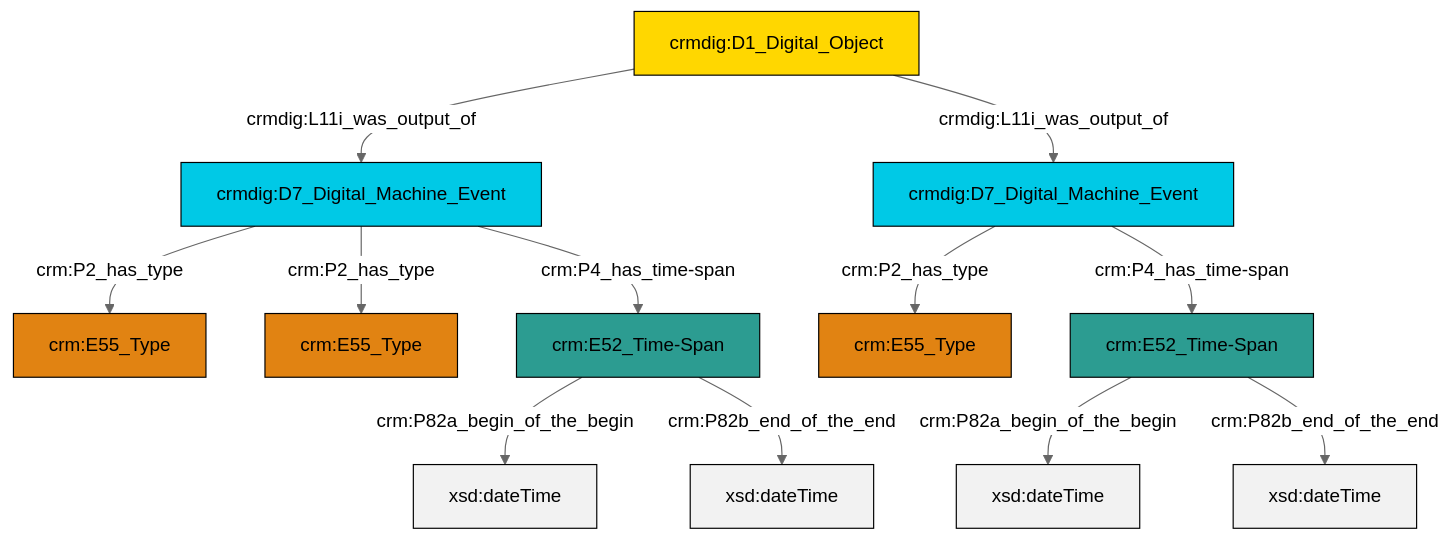
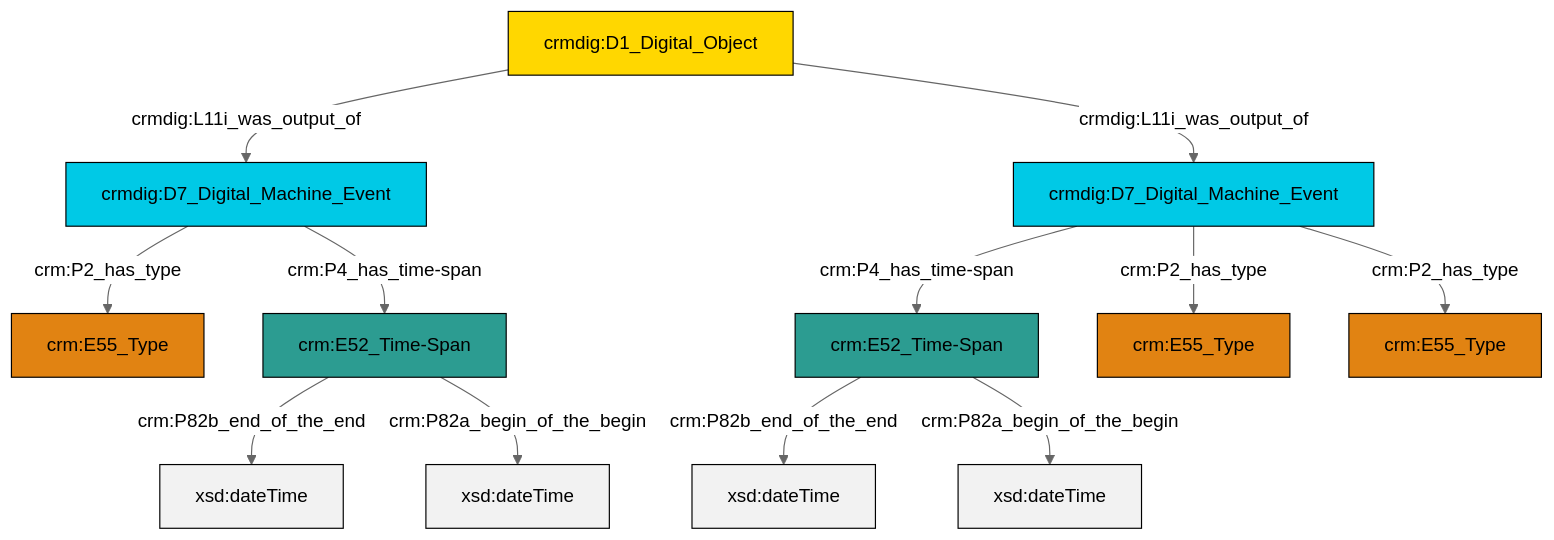
The diagram in et/doCSV/ttl/mmd/do_existence.ttl.mmd (swiss-art-research-net/docs.swissartresearch), drawn with Mermaid (neutral theme) before and after one commit. The commit also changed 174 other files, not shown here.

```diff
--- a/et/doCSV/ttl/mmd/do_existence.ttl.mmd
+++ b/et/doCSV/ttl/mmd/do_existence.ttl.mmd
@@ -1,26 +1,26 @@
 graph TD
 classDef Literal fill:#f2f2f2,stroke:#000000;
 classDef CRM_Entity fill:#FFFFFF,stroke:#000000;
 classDef Temporal_Entity fill:#00C9E6, stroke:#000000;
 classDef Type fill:#E18312, stroke:#000000;
 classDef Time-Span fill:#2C9C91, stroke:#000000;
 classDef Appellation fill:#FFEB7F, stroke:#000000;
 classDef Place fill:#008836, stroke:#000000;
 classDef Persistent_Item fill:#B266B2, stroke:#000000;
 classDef Conceptual_Object fill:#FFD700, stroke:#000000;
 classDef Physical_Thing fill:#D2B48C, stroke:#000000;
 classDef Actor fill:#f58aad, stroke:#000000;
 classDef PC_Classes fill:#4ce600, stroke:#000000;
 classDef Multi fill:#cccccc,stroke:#000000;
 
-2["crmdig:D7_Digital_Machine_Event"]:::Temporal_Entity -->|crm:P2_has_type| 3["crm:E55_Type"]:::Type
-4["crm:E52_Time-Span"]:::Time-Span -->|crm:P82a_begin_of_the_begin| 5[xsd:dateTime]:::Literal
-6["crmdig:D7_Digital_Machine_Event"]:::Temporal_Entity -->|crm:P2_has_type| 0["crm:E55_Type"]:::Type
-7["crmdig:D1_Digital_Object"]:::Conceptual_Object -->|crmdig:L11i_was_output_of| 2["crmdig:D7_Digital_Machine_Event"]:::Temporal_Entity
-2["crmdig:D7_Digital_Machine_Event"]:::Temporal_Entity -->|crm:P2_has_type| 10["crm:E55_Type"]:::Type
-12["crm:E52_Time-Span"]:::Time-Span -->|crm:P82a_begin_of_the_begin| 13[xsd:dateTime]:::Literal
-6["crmdig:D7_Digital_Machine_Event"]:::Temporal_Entity -->|crm:P4_has_time-span| 4["crm:E52_Time-Span"]:::Time-Span
-7["crmdig:D1_Digital_Object"]:::Conceptual_Object -->|crmdig:L11i_was_output_of| 6["crmdig:D7_Digital_Machine_Event"]:::Temporal_Entity
-12["crm:E52_Time-Span"]:::Time-Span -->|crm:P82b_end_of_the_end| 19[xsd:dateTime]:::Literal
-2["crmdig:D7_Digital_Machine_Event"]:::Temporal_Entity -->|crm:P4_has_time-span| 12["crm:E52_Time-Span"]:::Time-Span
-4["crm:E52_Time-Span"]:::Time-Span -->|crm:P82b_end_of_the_end| 22[xsd:dateTime]:::Literal
+4["crmdig:D7_Digital_Machine_Event"]:::Temporal_Entity -->|crm:P4_has_time-span| 5["crm:E52_Time-Span"]:::Time-Span
+13["crmdig:D7_Digital_Machine_Event"]:::Temporal_Entity -->|crm:P2_has_type| 8["crm:E55_Type"]:::Type
+0["crm:E52_Time-Span"]:::Time-Span -->|crm:P82b_end_of_the_end| 14[xsd:dateTime]:::Literal
+5["crm:E52_Time-Span"]:::Time-Span -->|crm:P82b_end_of_the_end| 16[xsd:dateTime]:::Literal
+4["crmdig:D7_Digital_Machine_Event"]:::Temporal_Entity -->|crm:P2_has_type| 2["crm:E55_Type"]:::Type
+5["crm:E52_Time-Span"]:::Time-Span -->|crm:P82a_begin_of_the_begin| 19[xsd:dateTime]:::Literal
+10["crmdig:D1_Digital_Object"]:::Conceptual_Object -->|crmdig:L11i_was_output_of| 13["crmdig:D7_Digital_Machine_Event"]:::Temporal_Entity
+10["crmdig:D1_Digital_Object"]:::Conceptual_Object -->|crmdig:L11i_was_output_of| 4["crmdig:D7_Digital_Machine_Event"]:::Temporal_Entity
+13["crmdig:D7_Digital_Machine_Event"]:::Temporal_Entity -->|crm:P4_has_time-span| 0["crm:E52_Time-Span"]:::Time-Span
+0["crm:E52_Time-Span"]:::Time-Span -->|crm:P82a_begin_of_the_begin| 21[xsd:dateTime]:::Literal
+4["crmdig:D7_Digital_Machine_Event"]:::Temporal_Entity -->|crm:P2_has_type| 6["crm:E55_Type"]:::Type
```
